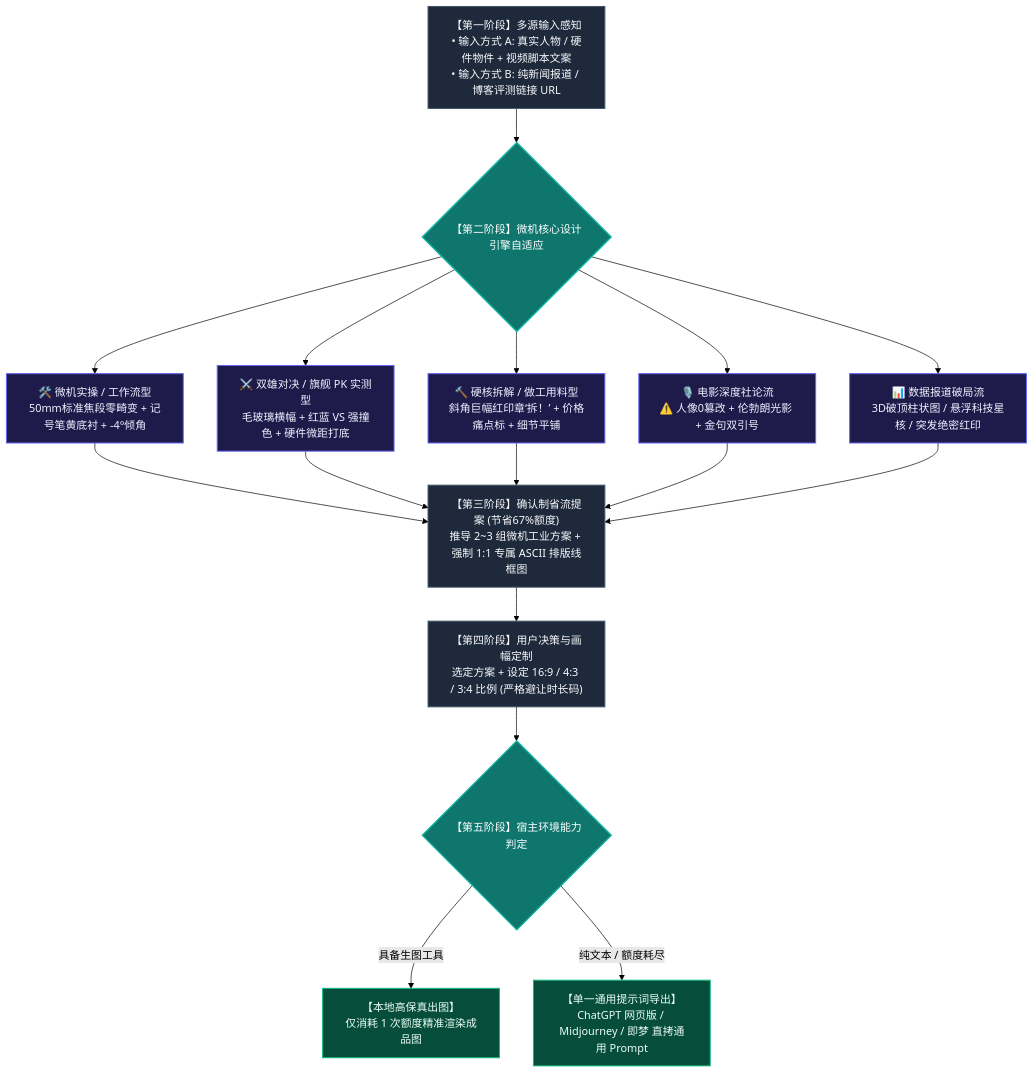
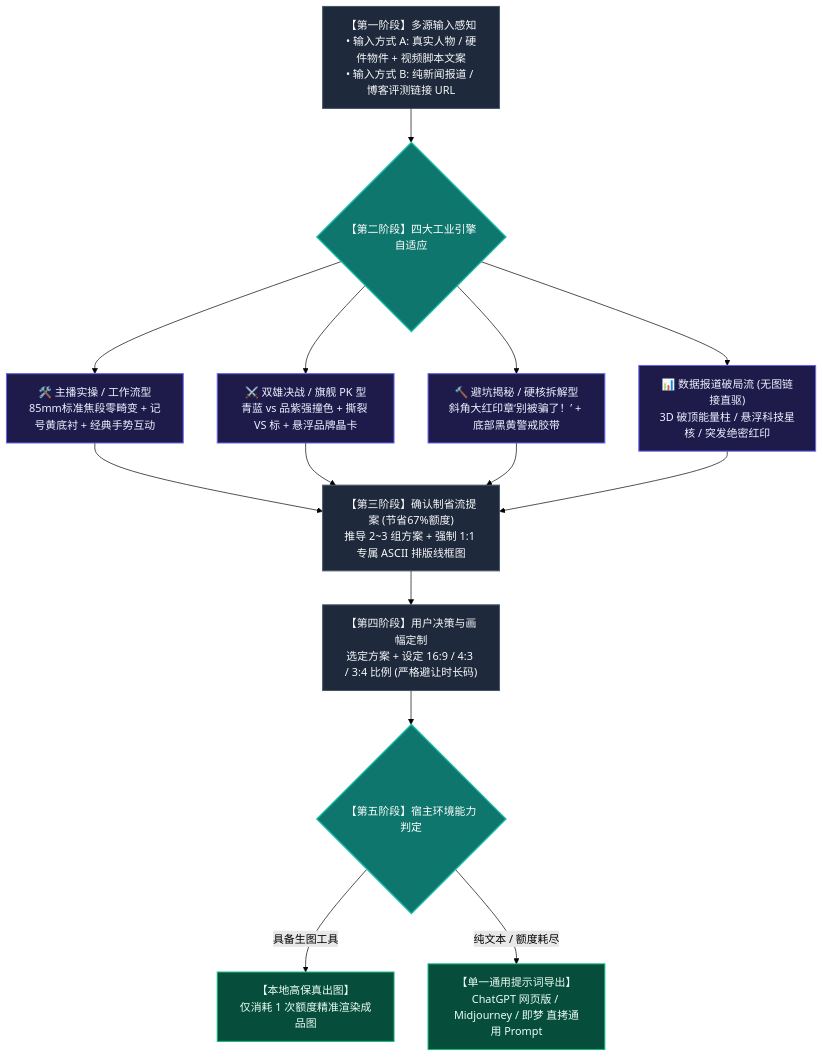
The diagram in README.md (XuBeiYou408/video-cover-designer), drawn with Mermaid (forest theme) before and after one commit. The commit also changed other lines of this file and 1 other file, not shown here.

````diff
--- a/README.md
+++ b/README.md
@@ -9,33 +9,31 @@
 ```mermaid
 flowchart TD
     A["【第一阶段】多源输入感知<br>• 输入方式 A: 真实人物 / 硬件物件 + 视频脚本文案<br>• 输入方式 B: 纯新闻报道 / 博客评测链接 URL"]
-    --> B{"【第二阶段】微机核心设计引擎自适应"}
+    --> B{"【第二阶段】四大工业引擎自适应"}
 
-    B --> C1["🛠️ 微机实操 / 工作流型<br>50mm标准焦段零畸变 + 记号笔黄底衬 + -4°倾角"]
-    B --> C2["⚔️ 双雄对决 / 旗舰 PK 实测型<br>毛玻璃横幅 + 红蓝 VS 强撞色 + 硬件微距打底"]
-    B --> C3["🔨 硬核拆解 / 做工用料型<br>斜角巨幅红印章‘拆！’ + 价格痛点标 + 细节平铺"]
-    B --> C4["🎙️ 电影深度社论流<br>⚠️ 人像0篡改 + 伦勃朗光影 + 金句双引号"]
-    B --> C5["📊 数据报道破局流<br>3D破顶柱状图 / 悬浮科技星核 / 突发绝密红印"]
+    B --> C1["🛠️ 主播实操 / 工作流型<br>85mm标准焦段零畸变 + 记号黄底衬 + 经典手势互动"]
+    B --> C2["⚔️ 双雄决战 / 旗舰 PK 型<br>青蓝 vs 品紫强撞色 + 撕裂 VS 标 + 悬浮品牌晶卡"]
+    B --> C3["🔨 避坑揭秘 / 硬核拆解型<br>斜角大红印章‘别被骗了！’ + 底部黑黄警戒胶带"]
+    B --> C4["📊 数据报道破局流 (无图链接直驱)<br>3D 破顶能量柱 / 悬浮科技星核 / 突发绝密红印"]
 
-    C1 --> D["【第三阶段】确认制省流提案 (节省67%额度)<br>推导 2~3 组微机工业方案 + 强制 1:1 专属 ASCII 排版线框图"]
+    C1 --> D["【第三阶段】确认制省流提案 (节省67%额度)<br>推导 2~3 组方案 + 强制 1:1 专属 ASCII 排版线框图"]
     C2 --> D
     C3 --> D
     C4 --> D
-    C5 --> D
 
     D --> E["【第四阶段】用户决策与画幅定制<br>选定方案 + 设定 16:9 / 4:3 / 3:4 比例 (严格避让时长码)"]
 
     E --> F{"【第五阶段】宿主环境能力判定"}
     F -->|具备生图工具| G["【本地高保真出图】<br>仅消耗 1 次额度精准渲染成品图"]
     F -->|纯文本 / 额度耗尽| H["【单一通用提示词导出】<br>ChatGPT 网页版 / Midjourney / 即梦 直拷通用 Prompt"]
 
     classDef stage fill:#1E293B,stroke:#475569,color:#F8FAFC,stroke-width:1.5px;
     classDef decision fill:#0F766E,stroke:#14B8A6,color:#FFFFFF,stroke-width:2px;
     classDef engine fill:#1E1B4B,stroke:#6366F1,color:#EEF2FF,stroke-width:1.5px;
     classDef output fill:#064E3B,stroke:#10B981,color:#ECFDF5,stroke-width:1.5px;
 
     class A,D,E stage;
     class B,F decision;
-    class C1,C2,C3,C4,C5 engine;
+    class C1,C2,C3,C4 engine;
     class G,H output;
 ```
````
